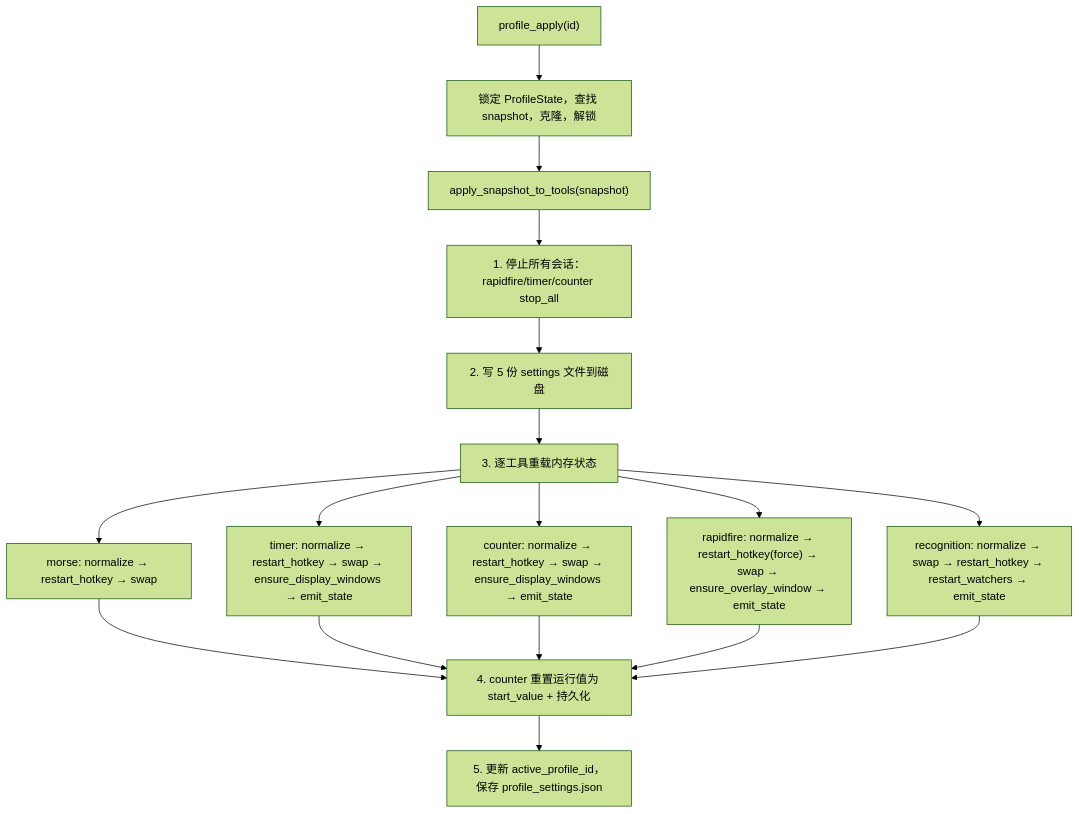
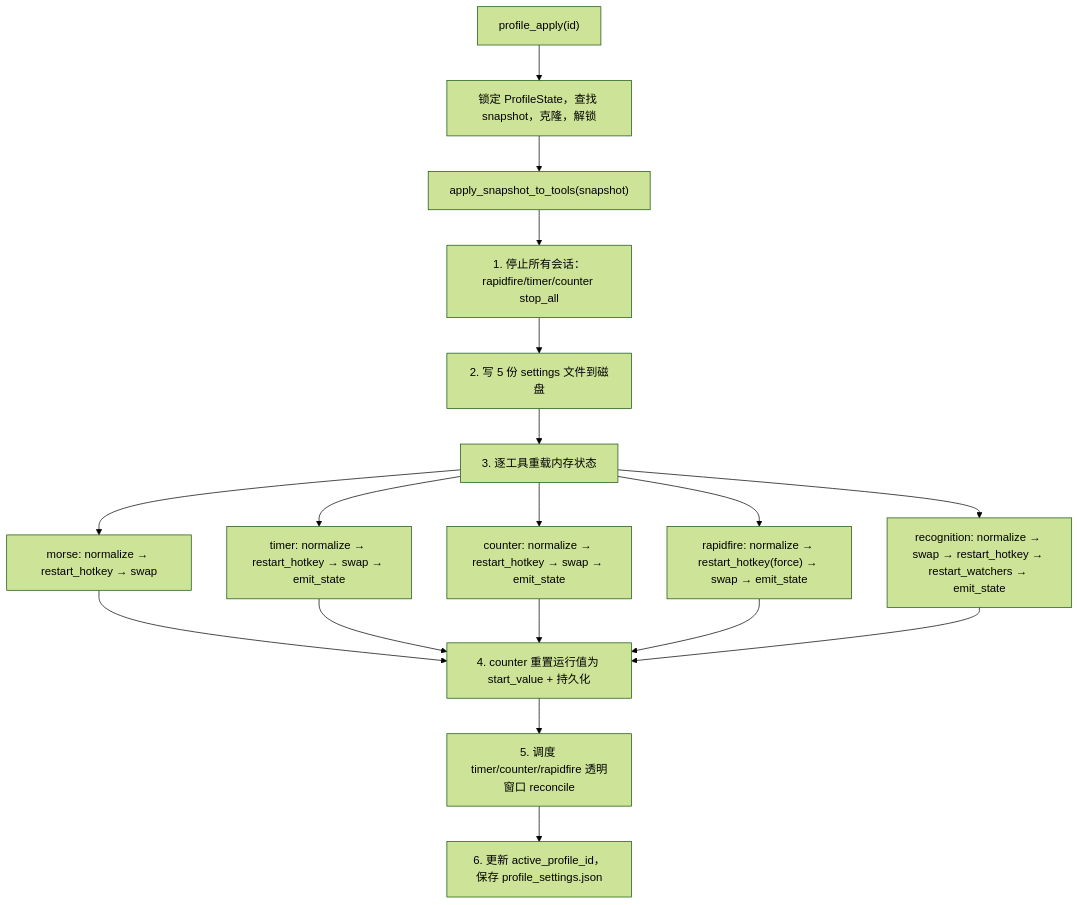
Before and after one commit to IZRINO/delta-auto-tools: the first of 2 diagrams in droid-wiki/systems/profile-system.md, drawn with Mermaid (forest theme). The commit also changed other lines of this file and 4 other files, not shown here.

````diff
--- a/droid-wiki/systems/profile-system.md
+++ b/droid-wiki/systems/profile-system.md
@@ -52,15 +52,16 @@
 ```mermaid
 flowchart TD
     A["profile_apply(id)"] --> B["锁定 ProfileState，查找 snapshot，克隆，解锁"]
     B --> C["apply_snapshot_to_tools(snapshot)"]
     C --> D["1. 停止所有会话：rapidfire/timer/counter stop_all"]
     D --> E["2. 写 5 份 settings 文件到磁盘"]
     E --> F["3. 逐工具重载内存状态"]
     F --> F1["morse: normalize → restart_hotkey → swap"]
-    F --> F2["timer: normalize → restart_hotkey → swap → ensure_display_windows → emit_state"]
-    F --> F3["counter: normalize → restart_hotkey → swap → ensure_display_windows → emit_state"]
-    F --> F4["rapidfire: normalize → restart_hotkey(force) → swap → ensure_overlay_window → emit_state"]
+    F --> F2["timer: normalize → restart_hotkey → swap → emit_state"]
+    F --> F3["counter: normalize → restart_hotkey → swap → emit_state"]
+    F --> F4["rapidfire: normalize → restart_hotkey(force) → swap → emit_state"]
     F --> F5["recognition: normalize → swap → restart_hotkey → restart_watchers → emit_state"]
     F1 & F2 & F3 & F4 & F5 --> G["4. counter 重置运行值为 start_value + 持久化"]
-    G --> H["5. 更新 active_profile_id，保存 profile_settings.json"]
+    G --> H["5. 调度 timer/counter/rapidfire 透明窗口 reconcile"]
+    H --> I["6. 更新 active_profile_id，保存 profile_settings.json"]
 ```
````
